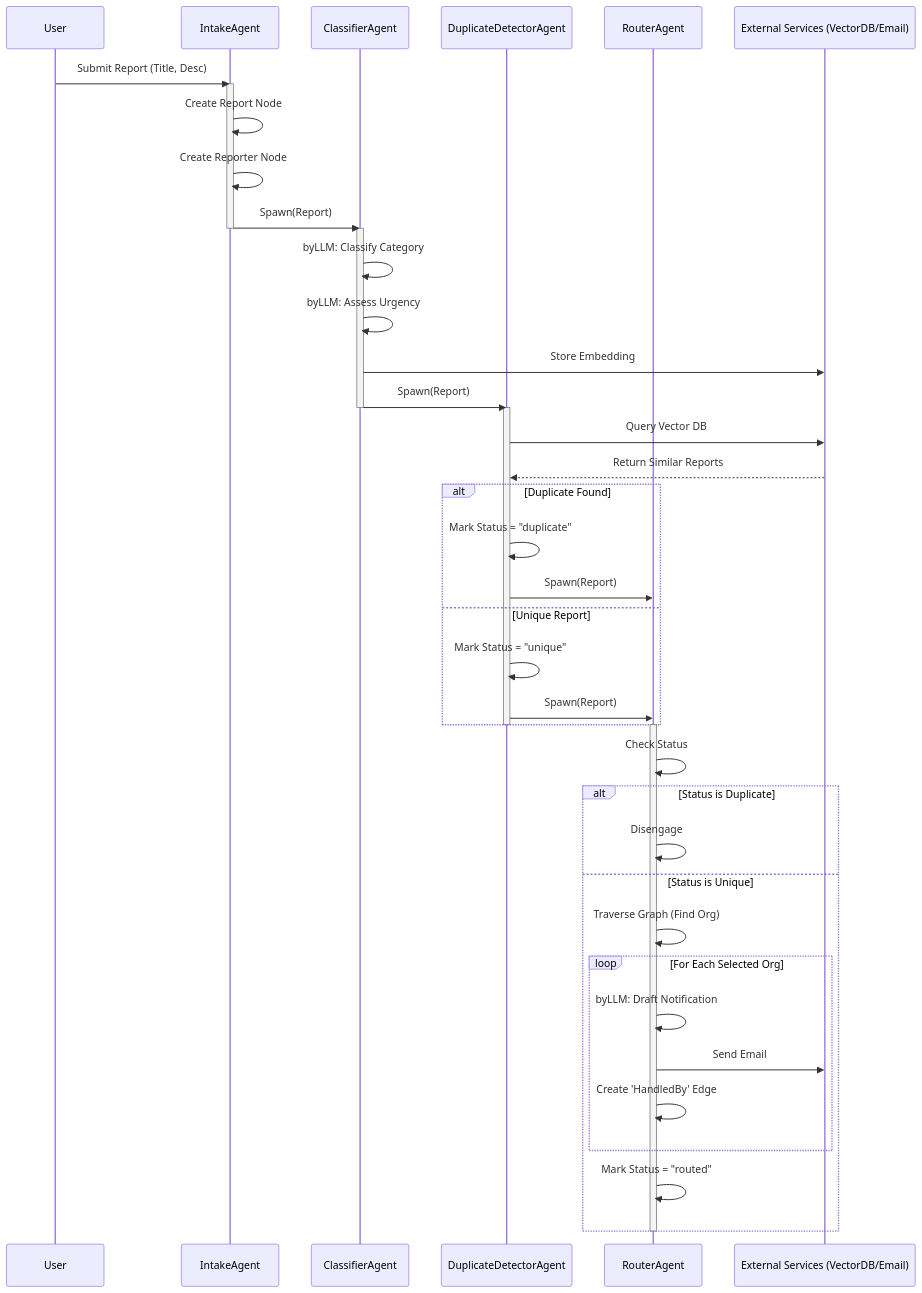
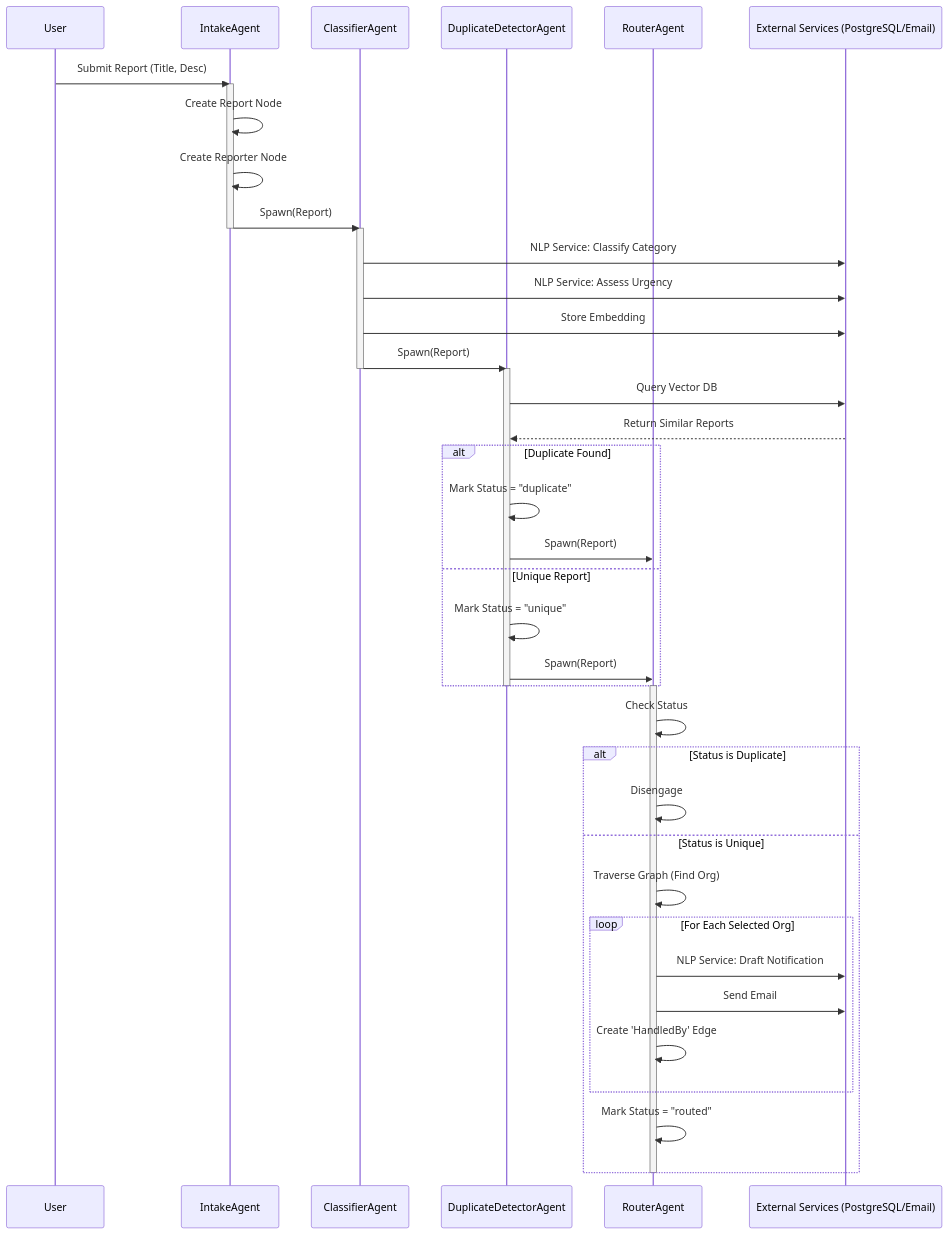
One commit to jumanewton/Dira changed the diagram in docs/architecture.md. Above: the diagram before and after it, drawn with Mermaid. The commit also changed other lines of this file and 3 other files, not shown here.

````diff
--- a/docs/architecture.md
+++ b/docs/architecture.md
@@ -5,52 +5,52 @@
 ```mermaid
 sequenceDiagram
     participant User
     participant IntakeAgent
     participant ClassifierAgent
     participant DuplicateDetectorAgent
     participant RouterAgent
-    participant ExternalServices as External Services (VectorDB/Email)
+    participant ExternalServices as External Services (PostgreSQL/Email)
 
     User->>IntakeAgent: Submit Report (Title, Desc)
     activate IntakeAgent
     IntakeAgent->>IntakeAgent: Create Report Node
     IntakeAgent->>IntakeAgent: Create Reporter Node
     IntakeAgent->>ClassifierAgent: Spawn(Report)
     deactivate IntakeAgent
     
     activate ClassifierAgent
-    ClassifierAgent->>ClassifierAgent: byLLM: Classify Category
-    ClassifierAgent->>ClassifierAgent: byLLM: Assess Urgency
+    ClassifierAgent->>ExternalServices: NLP Service: Classify Category
+    ClassifierAgent->>ExternalServices: NLP Service: Assess Urgency
     ClassifierAgent->>ExternalServices: Store Embedding
     ClassifierAgent->>DuplicateDetectorAgent: Spawn(Report)
     deactivate ClassifierAgent
 
     activate DuplicateDetectorAgent
     DuplicateDetectorAgent->>ExternalServices: Query Vector DB
     ExternalServices-->>DuplicateDetectorAgent: Return Similar Reports
     
     alt Duplicate Found
         DuplicateDetectorAgent->>DuplicateDetectorAgent: Mark Status = "duplicate"
         DuplicateDetectorAgent->>RouterAgent: Spawn(Report)
     else Unique Report
         DuplicateDetectorAgent->>DuplicateDetectorAgent: Mark Status = "unique"
         DuplicateDetectorAgent->>RouterAgent: Spawn(Report)
     end
     deactivate DuplicateDetectorAgent
 
     activate RouterAgent
     RouterAgent->>RouterAgent: Check Status
     
     alt Status is Duplicate
         RouterAgent->>RouterAgent: Disengage
     else Status is Unique
         RouterAgent->>RouterAgent: Traverse Graph (Find Org)
         loop For Each Selected Org
-            RouterAgent->>RouterAgent: byLLM: Draft Notification
+            RouterAgent->>ExternalServices: NLP Service: Draft Notification
             RouterAgent->>ExternalServices: Send Email
             RouterAgent->>RouterAgent: Create 'HandledBy' Edge
         end
         RouterAgent->>RouterAgent: Mark Status = "routed"
     end
     deactivate RouterAgent
 ```
````
